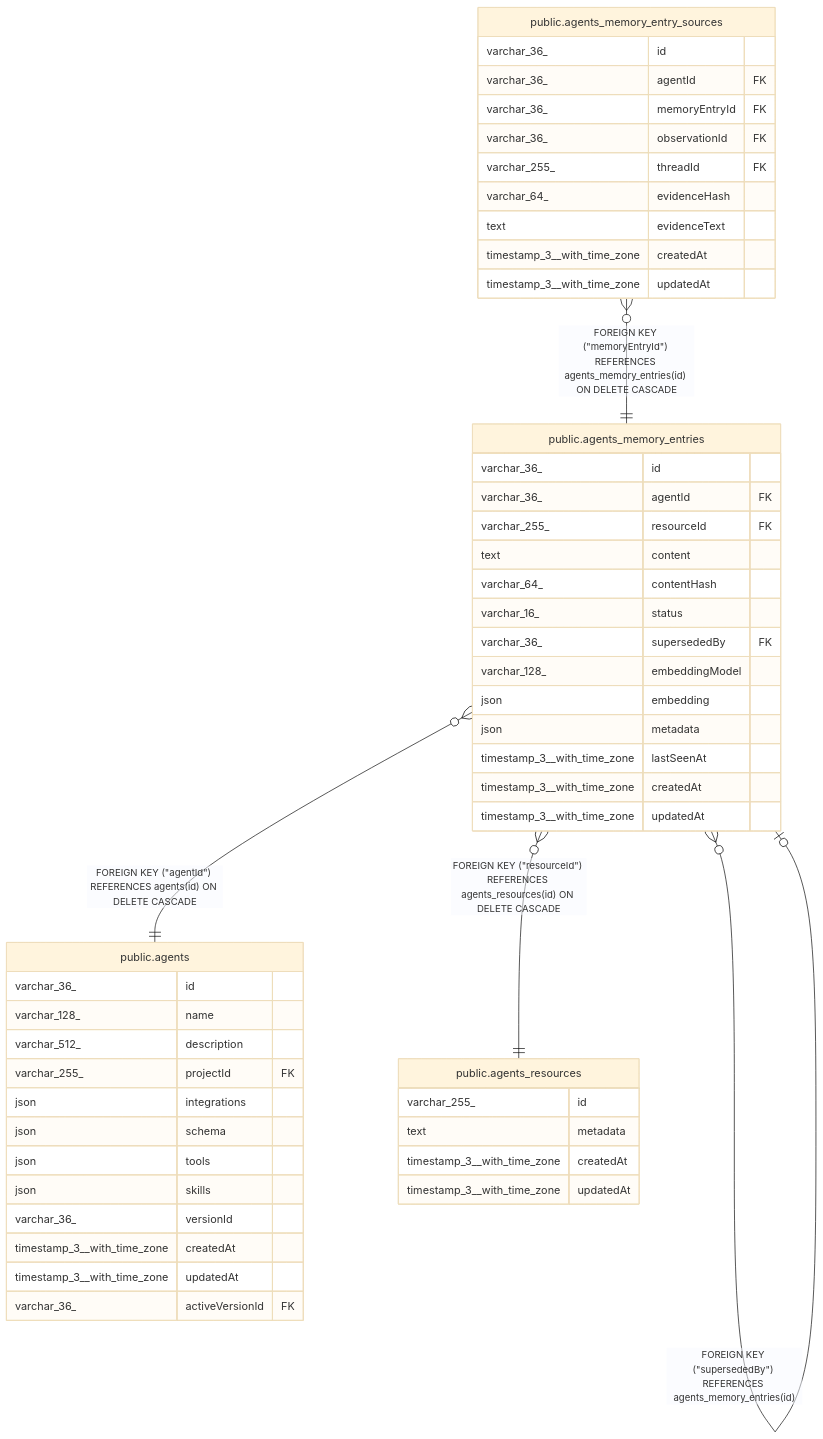
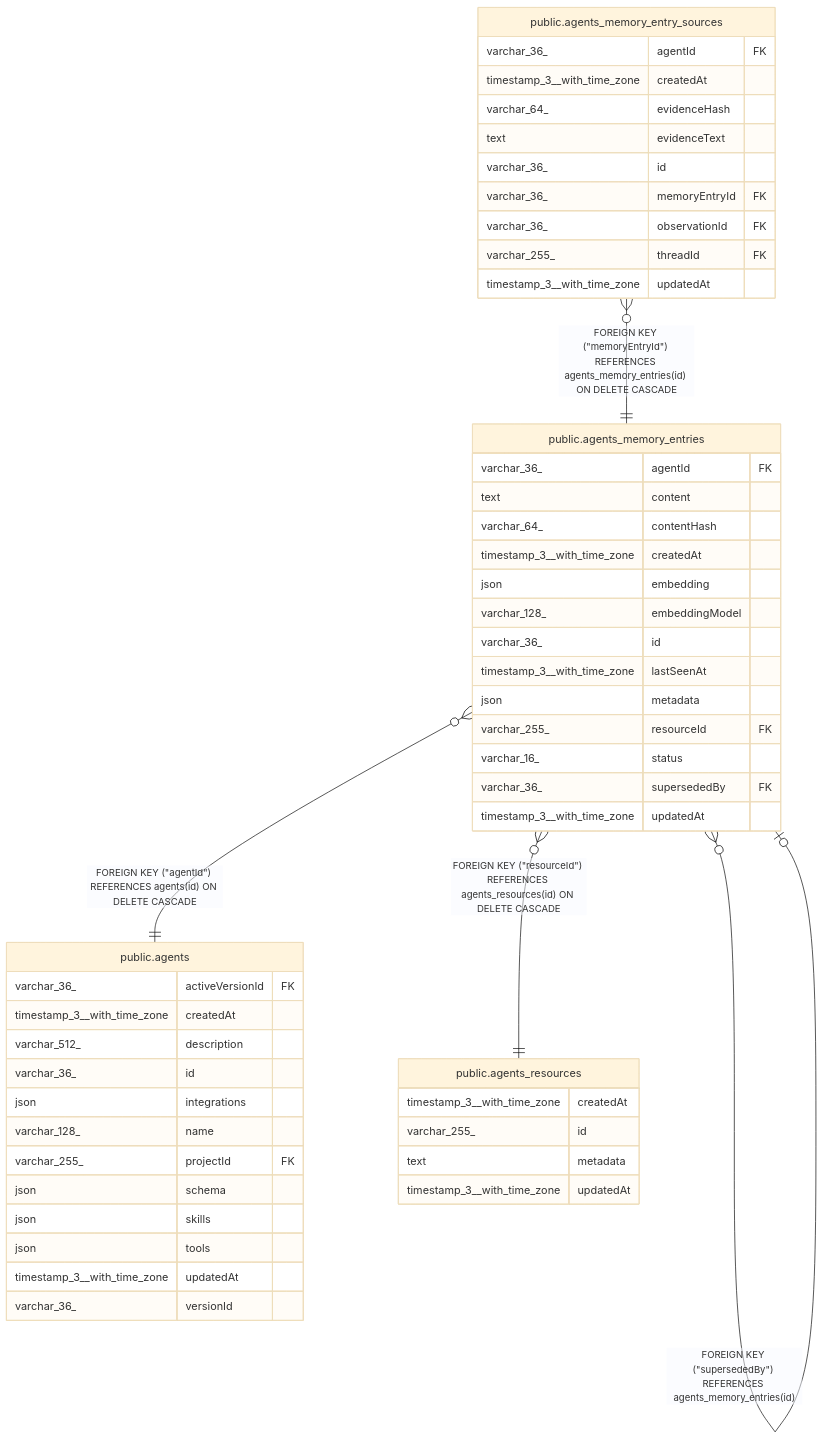
The diagram in docs/generated/postgres-schema/public.agents_memory_entries.md (mayankjain1815-commits/n8n), drawn with Mermaid (base theme) before and after one commit. The commit also changed other lines of this file and 221 other files, not shown here.

Commit message:
chore(core): Make DB schema docs generation deterministic (#32373)

````diff
--- a/docs/generated/postgres-schema/public.agents_memory_entries.md
+++ b/docs/generated/postgres-schema/public.agents_memory_entries.md
@@ -52,55 +52,55 @@
 ```mermaid
 erDiagram
 
+"public.agents_memory_entries" }o--|| "public.agents" : "FOREIGN KEY (#quot;agentId#quot;) REFERENCES agents(id) ON DELETE CASCADE"
 "public.agents_memory_entries" }o--o| "public.agents_memory_entries" : "FOREIGN KEY (#quot;supersededBy#quot;) REFERENCES agents_memory_entries(id)"
 "public.agents_memory_entry_sources" }o--|| "public.agents_memory_entries" : "FOREIGN KEY (#quot;memoryEntryId#quot;) REFERENCES agents_memory_entries(id) ON DELETE CASCADE"
-"public.agents_memory_entries" }o--|| "public.agents" : "FOREIGN KEY (#quot;agentId#quot;) REFERENCES agents(id) ON DELETE CASCADE"
 "public.agents_memory_entries" }o--|| "public.agents_resources" : "FOREIGN KEY (#quot;resourceId#quot;) REFERENCES agents_resources(id) ON DELETE CASCADE"
 
 "public.agents_memory_entries" {
-  varchar_36_ id
   varchar_36_ agentId FK
-  varchar_255_ resourceId FK
   text content
   varchar_64_ contentHash
+  timestamp_3__with_time_zone createdAt
+  json embedding
+  varchar_128_ embeddingModel
+  varchar_36_ id
+  timestamp_3__with_time_zone lastSeenAt
+  json metadata
+  varchar_255_ resourceId FK
   varchar_16_ status
   varchar_36_ supersededBy FK
-  varchar_128_ embeddingModel
-  json embedding
-  json metadata
-  timestamp_3__with_time_zone lastSeenAt
-  timestamp_3__with_time_zone createdAt
   timestamp_3__with_time_zone updatedAt
 }
+"public.agents" {
+  varchar_36_ activeVersionId FK
+  timestamp_3__with_time_zone createdAt
+  varchar_512_ description
+  varchar_36_ id
+  json integrations
+  varchar_128_ name
+  varchar_255_ projectId FK
+  json schema
+  json skills
+  json tools
+  timestamp_3__with_time_zone updatedAt
+  varchar_36_ versionId
+}
 "public.agents_memory_entry_sources" {
+  varchar_36_ agentId FK
+  timestamp_3__with_time_zone createdAt
+  varchar_64_ evidenceHash
+  text evidenceText
   varchar_36_ id
-  varchar_36_ agentId FK
   varchar_36_ memoryEntryId FK
   varchar_36_ observationId FK
   varchar_255_ threadId FK
-  varchar_64_ evidenceHash
-  text evidenceText
-  timestamp_3__with_time_zone createdAt
   timestamp_3__with_time_zone updatedAt
 }
-"public.agents" {
-  varchar_36_ id
-  varchar_128_ name
-  varchar_512_ description
-  varchar_255_ projectId FK
-  json integrations
-  json schema
-  json tools
-  json skills
-  varchar_36_ versionId
+"public.agents_resources" {
   timestamp_3__with_time_zone createdAt
-  timestamp_3__with_time_zone updatedAt
-  varchar_36_ activeVersionId FK
-}
-"public.agents_resources" {
   varchar_255_ id
   text metadata
-  timestamp_3__with_time_zone createdAt
   timestamp_3__with_time_zone updatedAt
 }
 ```
````
